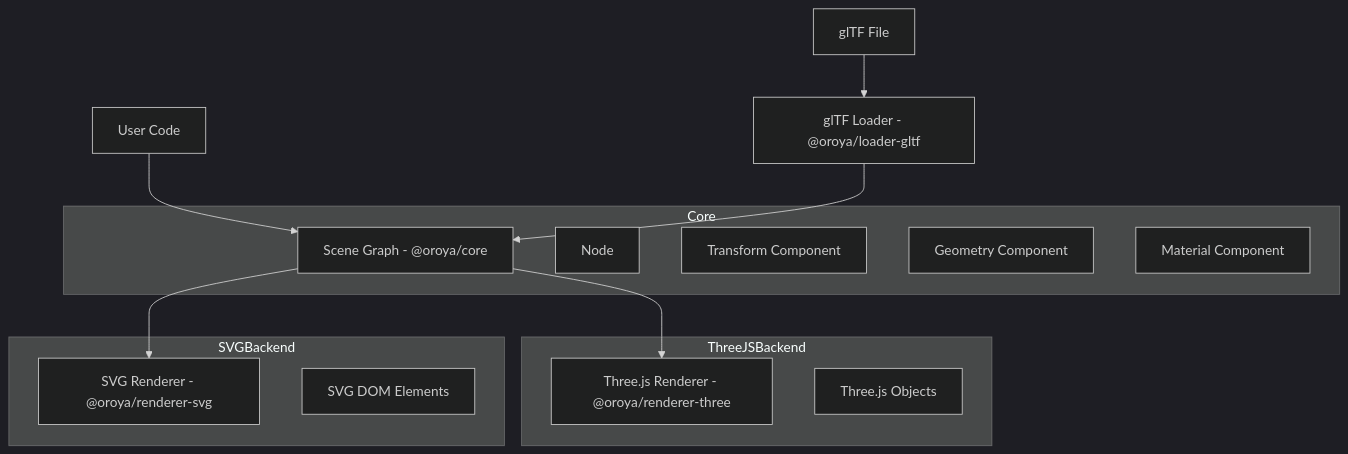
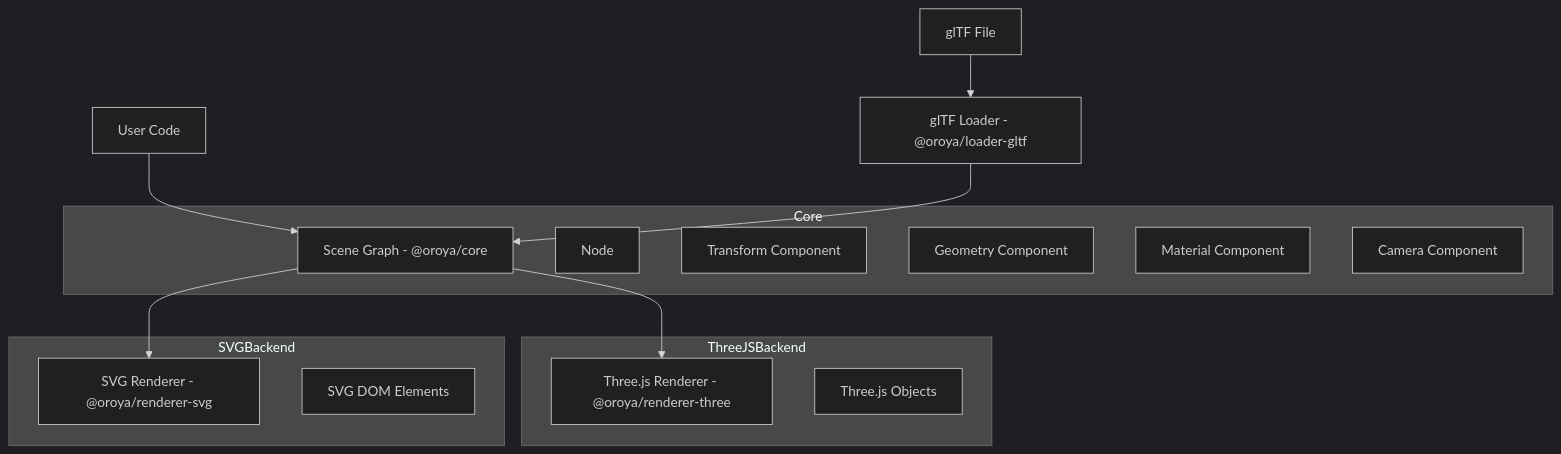
One commit to joshuacba08/oroya-animate changed the diagram in docs/architecture.md. Above: the diagram before and after it, drawn with Mermaid (dark theme). The commit also changed other lines of this file and 6 other files, not shown here.

Commit message:
feat: Add foundational documentation for architecture, getting started, renderers, scene graph, and API reference, introduce core geometry primitives, and update README.

````diff
--- a/docs/architecture.md
+++ b/docs/architecture.md
@@ -15,26 +15,27 @@
 ```mermaid
 graph TD
     UserCode[User Code] --> Scene[Scene Graph - @oroya/core]
     Scene --> Backend3D[Three.js Renderer - @oroya/renderer-three]
     Scene --> Backend2D[SVG Renderer - @oroya/renderer-svg]
     ModelExport[glTF File] --> Loader[glTF Loader - @oroya/loader-gltf]
     Loader --> Scene
     
     subgraph Core
         Scene
         Node[Node]
         Transform[Transform Component]
         Geometry[Geometry Component]
         Material[Material Component]
+        Camera[Camera Component]
     end
     
     subgraph ThreeJSBackend
         Backend3D
         THREE[Three.js Objects]
     end
     
     subgraph SVGBackend
         Backend2D
         SVG[SVG DOM Elements]
     end
 ```
````
